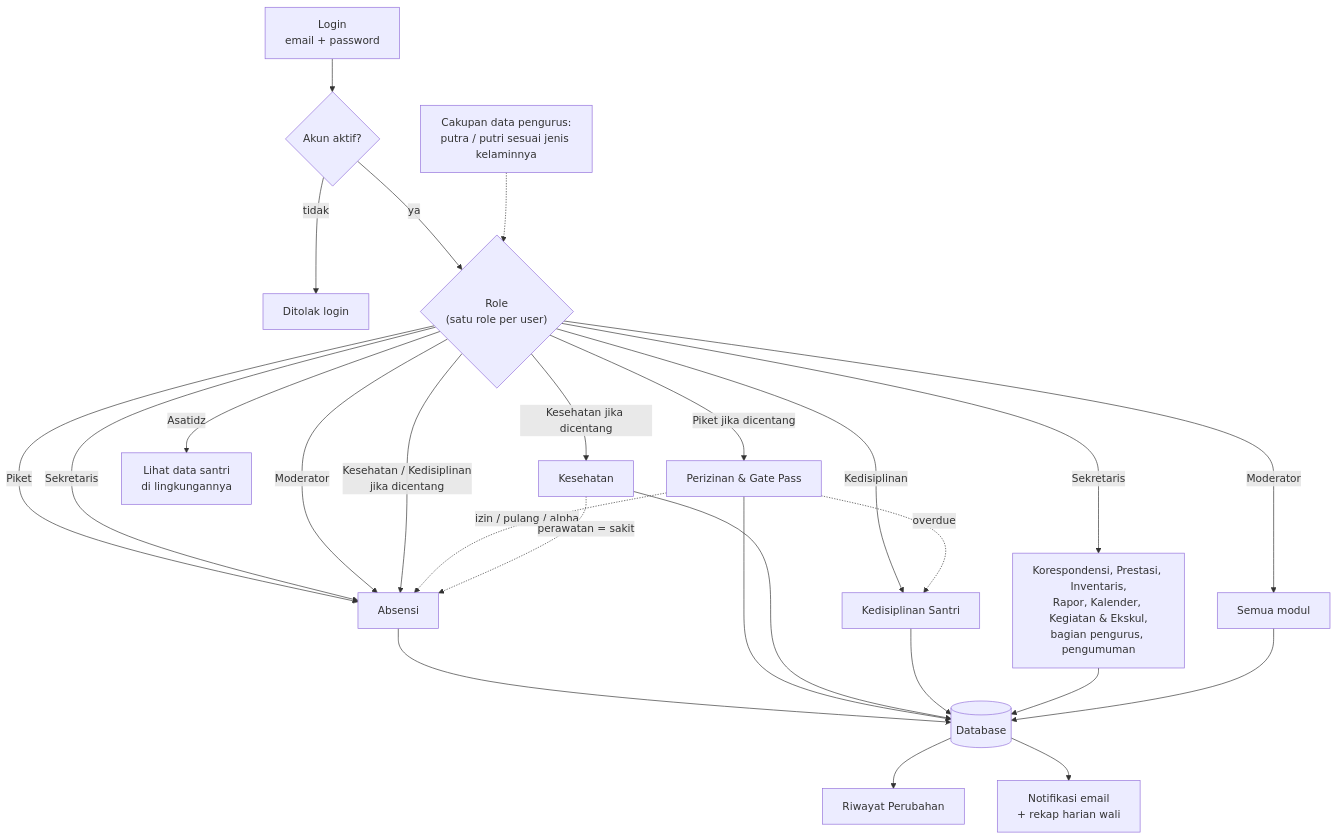
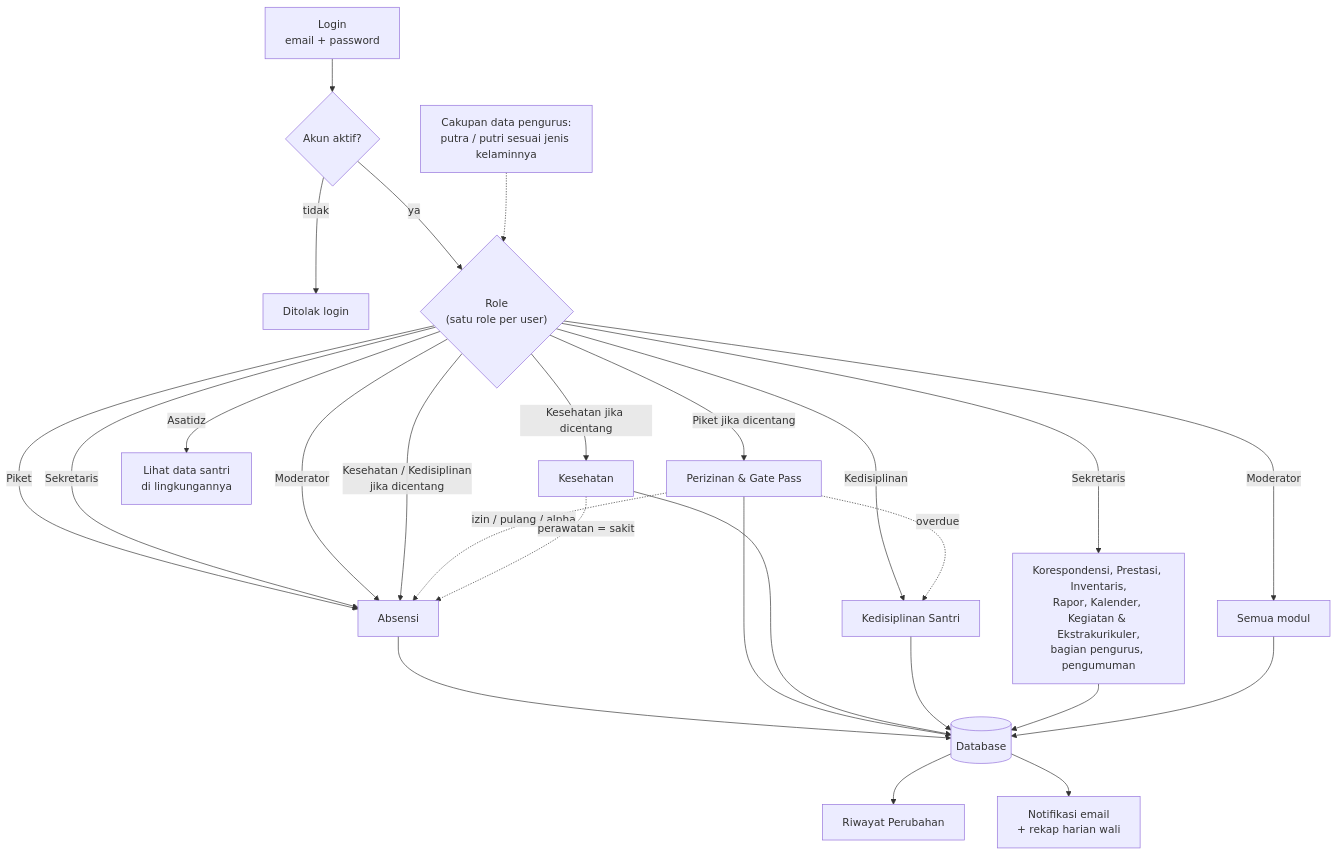
The first of 6 diagrams in README.md (SiJao/ProjectJao), drawn with Mermaid before and after one commit. The commit also changed other lines of this file, not shown here.

First line of the commit message:
README: modul diselaraskan dengan mindmap Administrasi / Fungsi

````diff
--- a/README.md
+++ b/README.md
@@ -245,33 +245,33 @@
 ```mermaid
 flowchart TD
     A["Login<br/>email + password"] --> B{"Akun aktif?"}
     B -- "tidak" --> Z["Ditolak login"]
     B -- "ya" --> C{"Role<br/>(satu role per user)"}
 
     C -- "Piket" --> M1["Absensi"]
     C -- "Sekretaris" --> M1
     C -- "Moderator" --> M1
     C -- "Kesehatan / Kedisiplinan<br/>jika dicentang" --> M1
 
     C -- "Piket jika dicentang" --> M2["Perizinan & Gate Pass"]
     C -- "Kesehatan jika dicentang" --> M3["Kesehatan"]
     C -- "Kedisiplinan" --> M4["Kedisiplinan Santri"]
-    C -- "Sekretaris" --> M5["Korespondensi, Prestasi, Inventaris,<br/>Rapor, Kalender, Kegiatan & Ekskul,<br/>bagian pengurus, pengumuman"]
+    C -- "Sekretaris" --> M5["Korespondensi, Prestasi, Inventaris,<br/>Rapor, Kalender, Kegiatan & Ekstrakurikuler,<br/>bagian pengurus, pengumuman"]
     C -- "Asatidz" --> M6["Lihat data santri<br/>di lingkungannya"]
     C -- "Moderator" --> M7["Semua modul"]
 
     S["Cakupan data pengurus:<br/>putra / putri sesuai jenis kelaminnya"] -.-> C
 
     M2 -. "overdue" .-> M4
     M2 -. "izin / pulang / alpha" .-> M1
     M3 -. "perawatan = sakit" .-> M1
 
     M1 --> DB[("Database")]
     M2 --> DB
     M3 --> DB
     M4 --> DB
     M5 --> DB
     M7 --> DB
     DB --> L["Riwayat Perubahan"]
     DB --> N["Notifikasi email<br/>+ rekap harian wali"]
 ```
````
